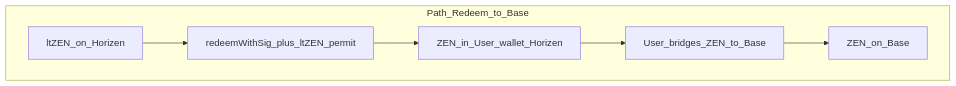
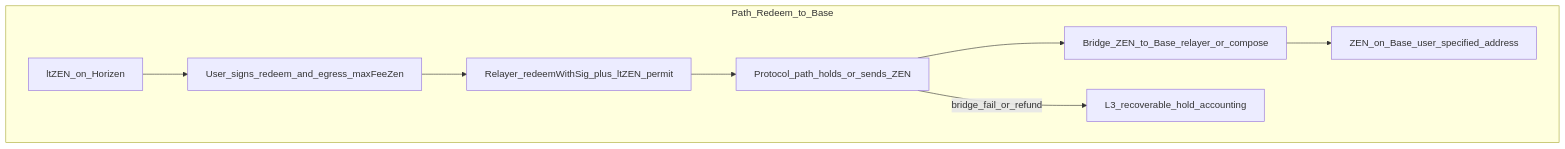
The third of 3 diagrams in docs/stLighter-crosschain-gasless-spec.md (dust/zen-staking-layer), drawn with Mermaid before and after one commit. The commit also changed other lines of this file and 1 other file, not shown here.

Commit message:
lighter bridge zen staking

````diff
--- a/docs/stLighter-crosschain-gasless-spec.md
+++ b/docs/stLighter-crosschain-gasless-spec.md
@@ -87,12 +89,13 @@
 ```mermaid
 flowchart TB
-  
   subgraph xchainRedeem [Path_Redeem_to_Base]
     ltZEN2[ltZEN_on_Horizen]
-    gasless_red[redeemWithSig_plus_ltZEN_permit]
-    ZEN_h[ZEN_in_User_wallet_Horizen]
-    bridge_out[User_bridges_ZEN_to_Base]
-    ZEN_base2[ZEN_on_Base]
-    ltZEN2 --> gasless_red --> ZEN_h --> bridge_out --> ZEN_base2
+    sig_red[User_signs_redeem_and_egress_maxFeeZen]
+    relayer_red[Relayer_redeemWithSig_plus_ltZEN_permit]
+    egress[Protocol_path_holds_or_sends_ZEN]
+    bridge_out[Bridge_ZEN_to_Base_relayer_or_compose]
+    ZEN_base2[ZEN_on_Base_user_specified_address]
+    ltZEN2 --> sig_red --> relayer_red --> egress --> bridge_out --> ZEN_base2
+    egress -->|bridge_fail_or_refund| recoverable[L3_recoverable_hold_accounting]
   end
 ```
````
